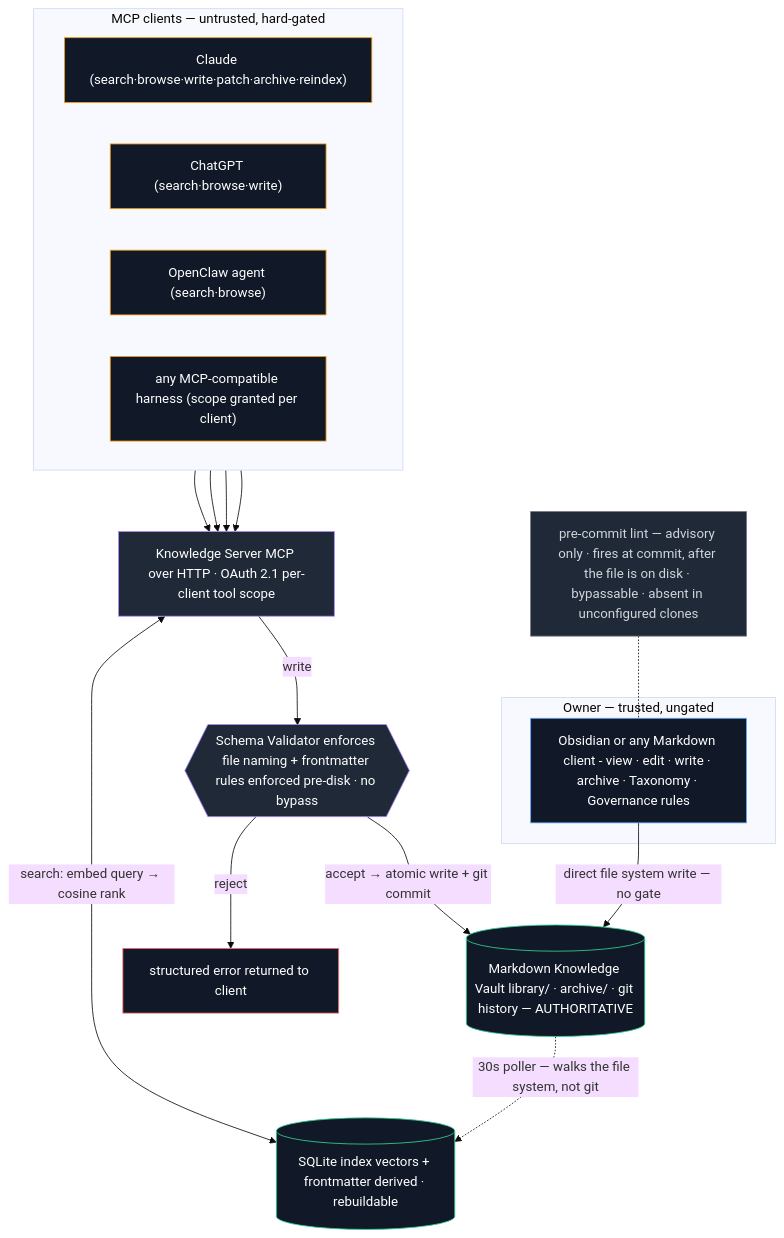
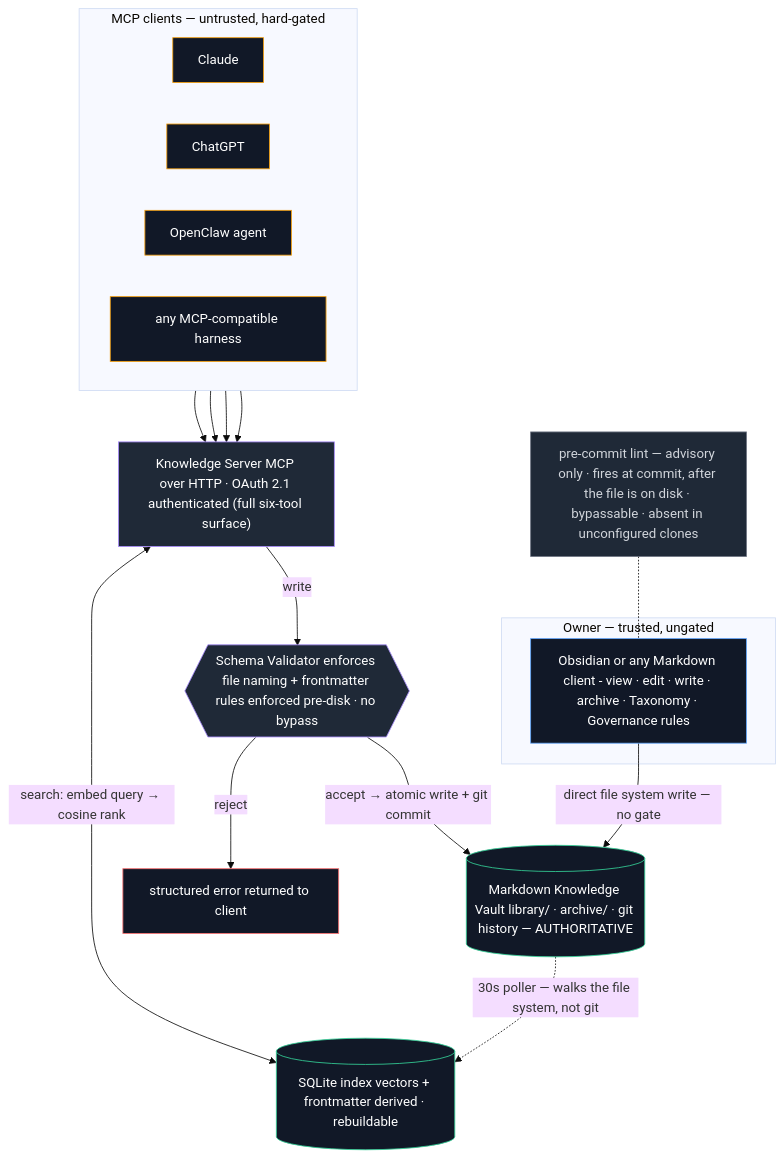
Before and after one commit to rossblanchard/knowledge-server-public: the second of 2 diagrams in README.md, drawn with Mermaid (base theme). The commit also changed other lines of this file and 2 other files, not shown here.

Commit message:
Docs audit: remove never-built per-client tool scoping claims
README's trust-model diagram and caption claimed OAuth grants
per-client tool scope (read-only/read-write/none, different tool
subsets per illustrated client). That was never implemented: scopes
are stored/passed through per the OAuth 2.1/DCR spec but nothing in
server.py checks a token's scope before running a tool -- every
authenticated client gets the full six-tool surface today. Corrected
the diagram and caption to state what's actually true.

Also fixes two staleness issues found in the same pass:
KNOWLEDGE-MODEL.md's type vocabulary was missing `journal` (added in
Schema v1.1), and VAULT-SCHEMA.md had a stale section cross-reference
(§3.5 -> §3.7).

````diff
--- a/README.md
+++ b/README.md
@@ -154,54 +154,54 @@
 ```mermaid
 flowchart TB
     subgraph Untrusted["MCP clients — untrusted, hard-gated"]
         direction LR
-        C1["Claude (search·browse·write·patch·archive·reindex)"]
-        C2["ChatGPT (search·browse·write)"]
-        C3["OpenClaw agent (search·browse)"]
-        C4["any MCP-compatible harness (scope granted per client)"]
+        C1["Claude"]
+        C2["ChatGPT"]
+        C3["OpenClaw agent"]
+        C4["any MCP-compatible harness"]
     end
 
-    KS["Knowledge Server MCP over HTTP · OAuth 2.1 per-client tool scope"]
+    KS["Knowledge Server MCP over HTTP · OAuth 2.1 authenticated (full six-tool surface)"]
 
     C1 --> KS
     C2 --> KS
     C3 --> KS
     C4 --> KS
 
     KS <-->|"search: embed query → cosine rank"| Index
     KS -->|write| Gate
 
     Gate{{"Schema Validator enforces file naming + frontmatter rules enforced pre-disk · no bypass"}}
 
     Gate -->|reject| Err["structured error returned to client"]
     Gate -->|"accept → atomic write + git commit"| Vault
 
     subgraph Trusted["Owner — trusted, ungated"]
         H["Obsidian or any Markdown client - view · edit · write · archive · Taxonomy · Governance rules"]
     end
 
     Lint["pre-commit lint — advisory only · fires at commit, after the file is on disk · bypassable · absent in unconfigured clones"]
 
     Lint -.- H
     H -->|"direct file system write — no gate"| Vault
 
     Vault[("Markdown Knowledge Vault library/ · archive/ · git history — AUTHORITATIVE")]
 
     Vault -.->|"30s poller — walks the file system, not git"| Index
 
     Index[("SQLite index vectors + frontmatter derived · rebuildable")]
 
     classDef untrusted fill:#111827,stroke:#f59e0b,color:#fff
     classDef trusted fill:#111827,stroke:#60a5fa,color:#fff
     classDef gate fill:#1f2937,stroke:#a78bfa,color:#fff
     classDef soft fill:#1f2937,stroke:#6b7280,color:#d1d5db
     classDef store fill:#111827,stroke:#34d399,color:#fff
     classDef bad fill:#111827,stroke:#f87171,color:#fff
 
     class C1,C2,C3,C4 untrusted
     class H trusted
     class KS,Gate gate
     class Lint soft
     class Vault,Index store
     class Err bad
 ```
````
